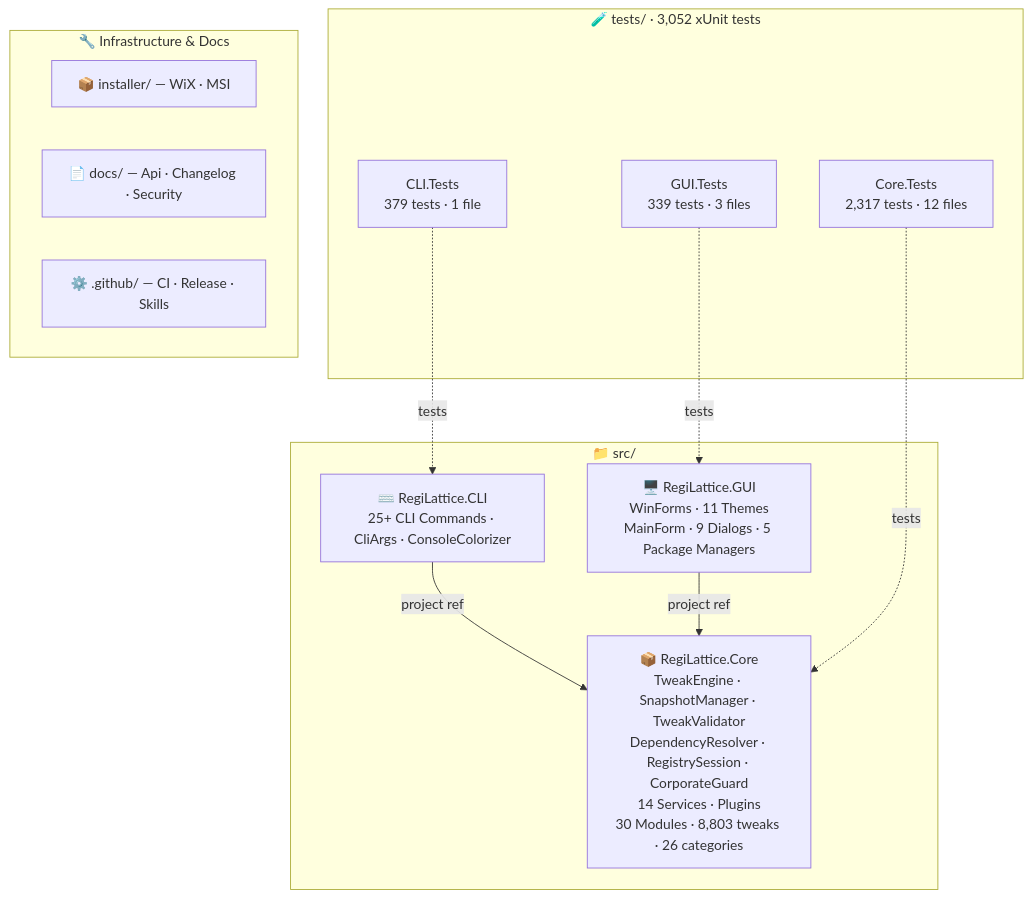
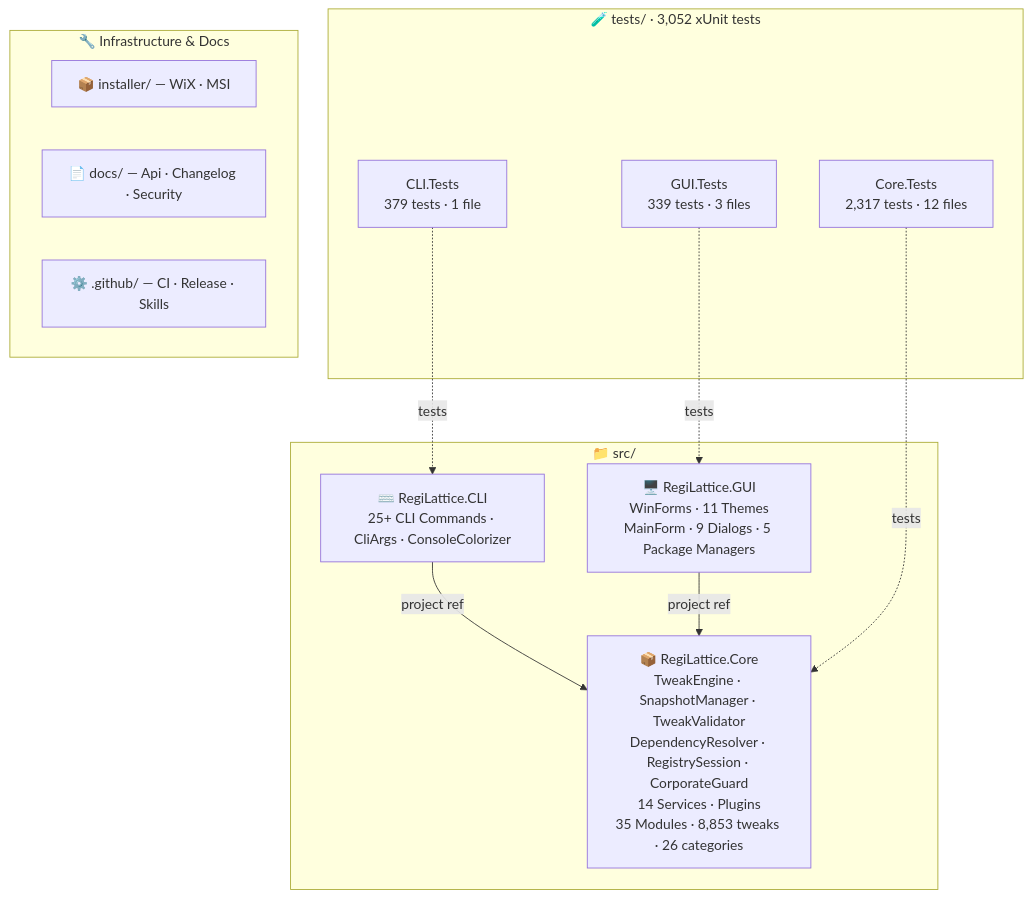
The second of 2 diagrams in README.md (RajwanYair/RegiLattice), drawn with Mermaid before and after one commit. The commit also changed other lines of this file and 14 other files, not shown here.

First line of the commit message:
feat(tweaks): Sprint 667-671 — 5 new policy modules (+50 tweaks), v6.11.0

````diff
--- a/README.md
+++ b/README.md
@@ -255,26 +255,26 @@
 ```mermaid
 graph TD
     subgraph SRC["📁 src/"]
-        CORE["📦 RegiLattice.Core<br/>TweakEngine · SnapshotManager · TweakValidator<br/>DependencyResolver · RegistrySession · CorporateGuard<br/>14 Services · Plugins<br/>30 Modules · 8,803 tweaks · 26 categories"]
+        CORE["📦 RegiLattice.Core<br/>TweakEngine · SnapshotManager · TweakValidator<br/>DependencyResolver · RegistrySession · CorporateGuard<br/>14 Services · Plugins<br/>35 Modules · 8,853 tweaks · 26 categories"]
         GUI["🖥️ RegiLattice.GUI<br/>WinForms · 11 Themes<br/>MainForm · 9 Dialogs · 5 Package Managers"]
         CLI["⌨️ RegiLattice.CLI<br/>25+ CLI Commands · CliArgs · ConsoleColorizer"]
     end
 
     subgraph TST["🧪 tests/  ·  3,052 xUnit tests"]
         CT["Core.Tests<br/>2,317 tests · 12 files"]
         CLT["CLI.Tests<br/>379 tests · 1 file"]
         GT["GUI.Tests<br/>339 tests · 3 files"]
     end
 
     subgraph INFRA["🔧 Infrastructure & Docs"]
         INST["📦 installer/ — WiX · MSI"]
         DOCS["📄 docs/ — Api · Changelog · Security"]
         GH["⚙️ .github/ — CI · Release · Skills"]
     end
 
     CLI -->|project ref| CORE
     GUI -->|project ref| CORE
     CT -.->|tests| CORE
     CLT -.->|tests| CLI
     GT -.->|tests| GUI
 ```
````
